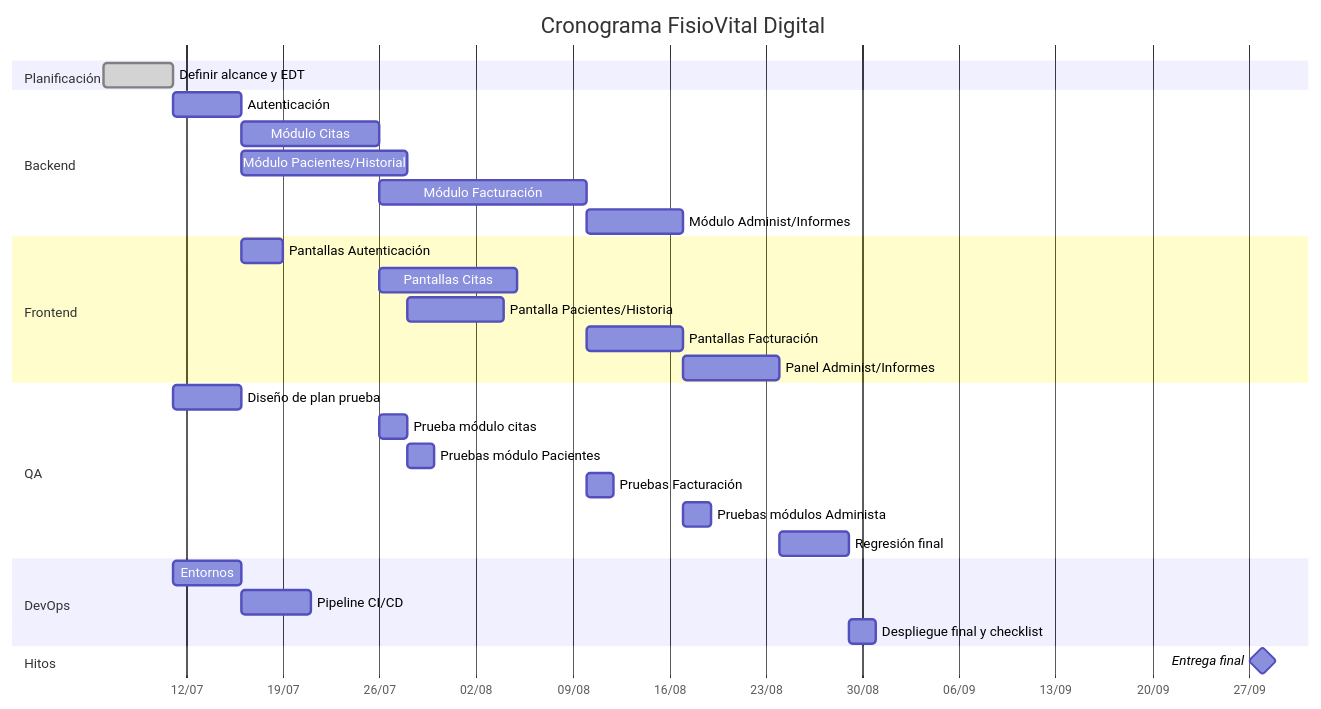
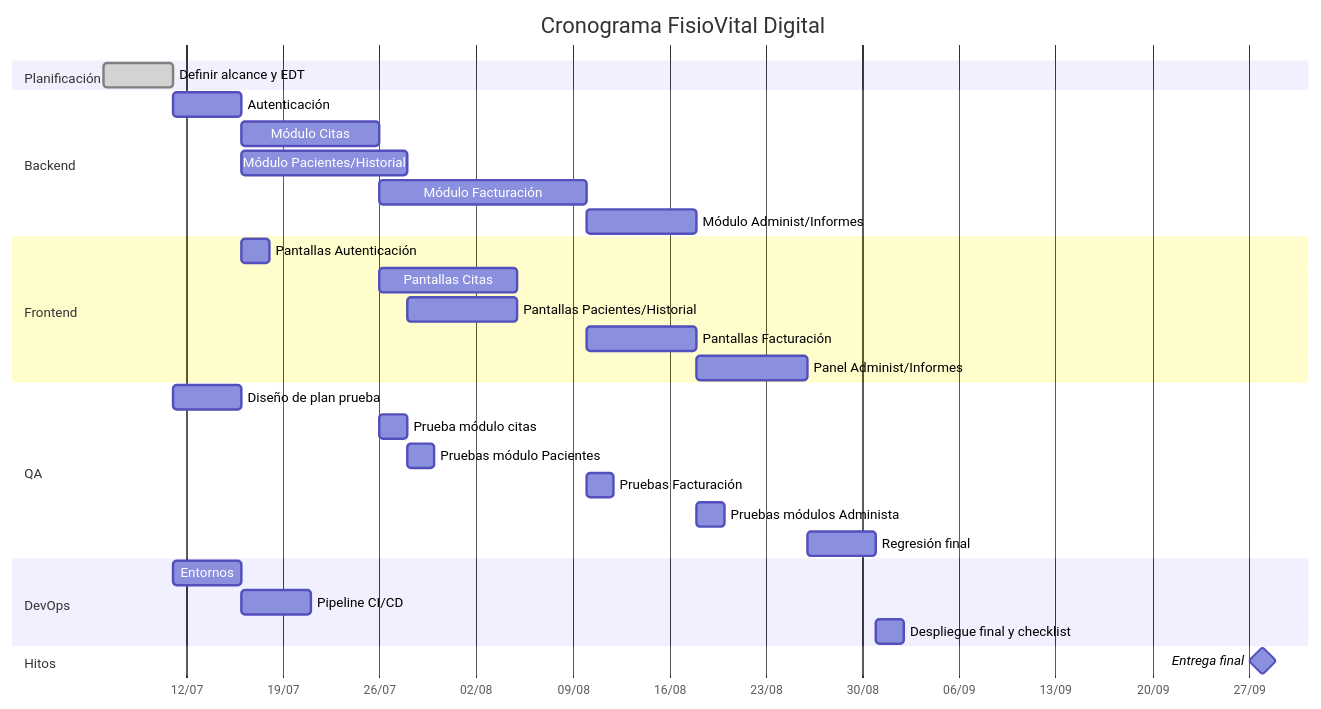
Before and after one commit to kathytisalema/fisiovital-dijital: the diagram in 02-planificacion/cronograma.md, drawn with Mermaid. The commit also changed 12 other files, not shown here.

````diff
--- a/02-planificacion/cronograma.md
+++ b/02-planificacion/cronograma.md
@@ -24,39 +24,39 @@
 ```mermaid
-gantt 
+gantt
     title Cronograma FisioVital Digital
+    dateFormat  YYYY-MM-DD
+    axisFormat  %d/%m
 
-    dateFormat 2026-07-01
-    axisFormat %d/%m
-    section Planificación   
+    section Planificación
     Definir alcance y EDT       :done, plan1, 2026-07-06, 5d
 
     section Backend
     Autenticación               :back1, after plan1, 5d
     Módulo Citas                :back2, after back1, 10d
     Módulo Pacientes/Historial  :back3, after back1, 12d
     Módulo Facturación          :back4, after back2, 15d
-    Módulo Administ/Informes    :back5, after back4, 7d
+    Módulo Administ/Informes    :back5, after back4, 8d
 
     section Frontend
-    Pantallas Autenticación     :front1, after back1, 3d
+    Pantallas Autenticación     :front1, after back1, 2d
     Pantallas Citas             :front2, after back2, 10d
-    Pantalla Pacientes/Historia :front3, after back3, 7d
-    Pantallas Facturación       :front4, after back4, 7d
-    Panel Administ/Informes     :front5, after back5, 7d
+    Pantallas Pacientes/Historial :front3, after back3, 8d
+    Pantallas Facturación       :front4, after back4, 8d
+    Panel Administ/Informes     :front5, after back5, 8d
 
     section QA
     Diseño de plan prueba       :qa1, after plan1, 5d
     Prueba módulo citas         :qa2, after back2, 2d
     Pruebas módulo Pacientes    :qa3, after back3, 2d
     Pruebas Facturación         :qa4, after back4, 2d
     Pruebas módulos Administa   :qa5, after back5, 2d
     Regresión final             :qa6, after front5, 5d
 
     section DevOps
     Entornos                    :dev1, after plan1, 5d
     Pipeline CI/CD              :dev2, after dev1, 5d
     Despliegue final y checklist:dev3, after qa6, 2d
 
     section Hitos
     Entrega final               :milestone, m1, 2026-09-28, 0d
 ```
````
